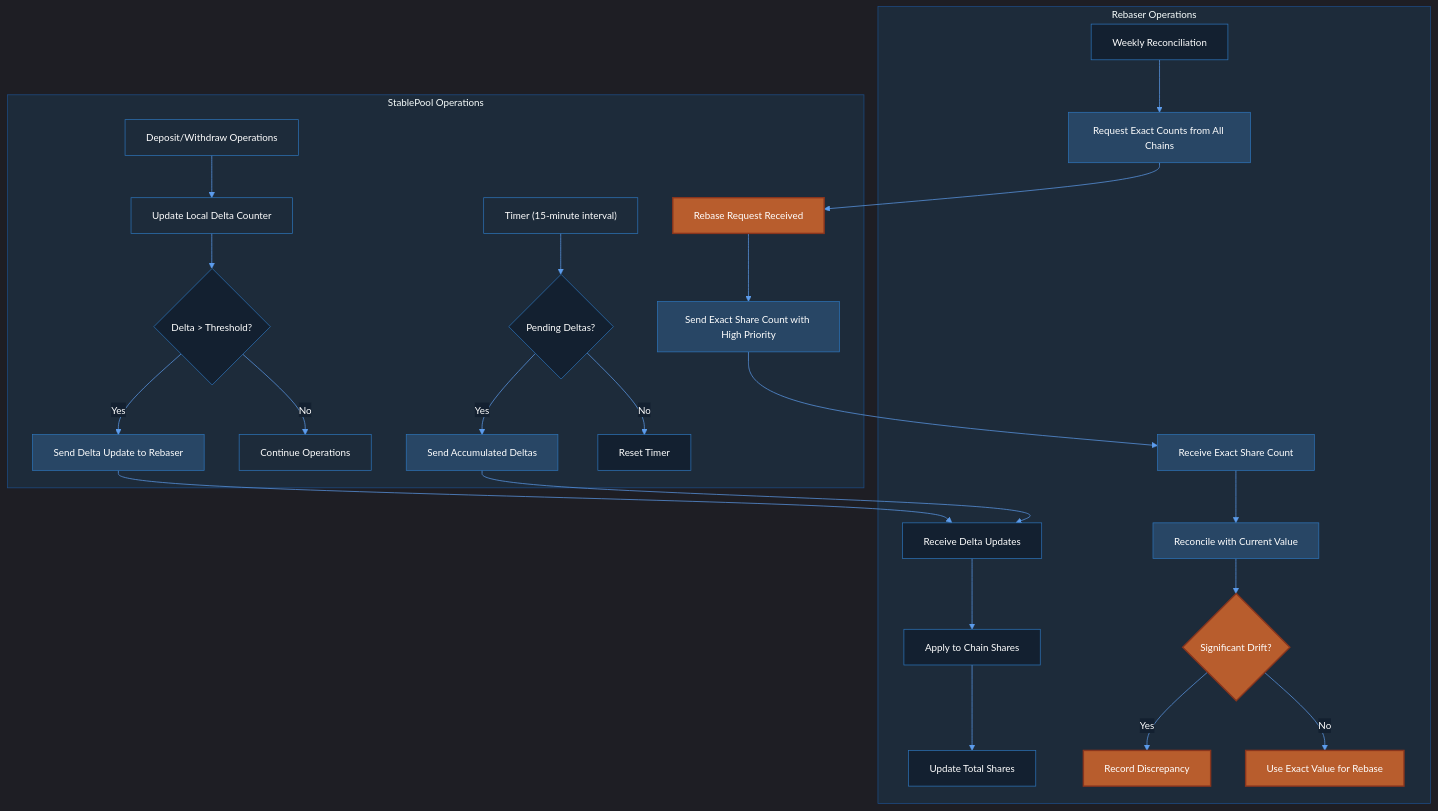
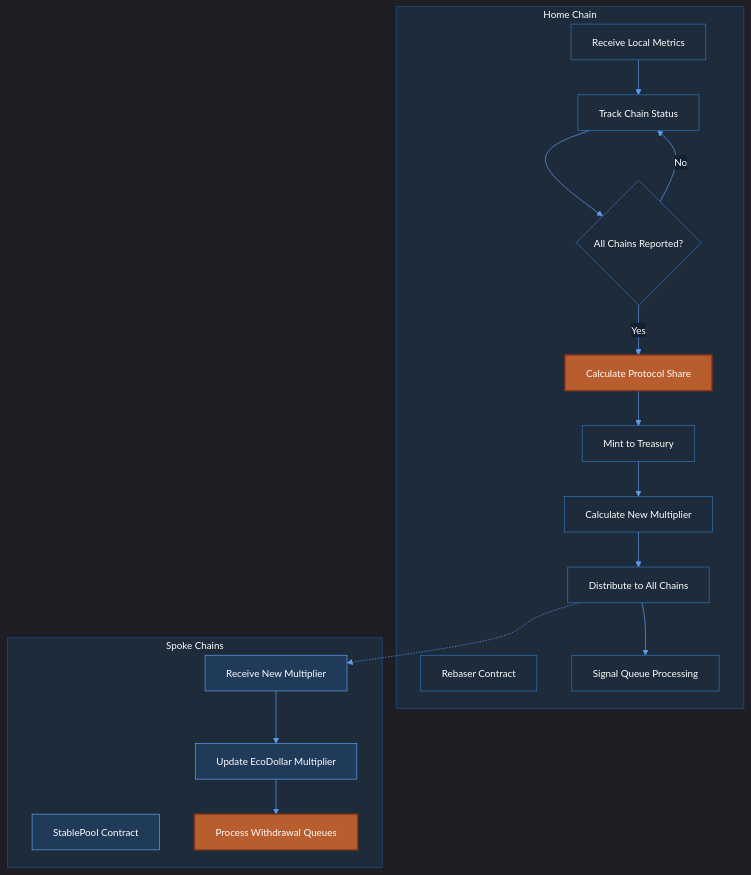
Before and after one commit to eco/eco-routes-internal: the third of 3 diagrams in plans/rebase-flow-implementation-plan.md, drawn with Mermaid. The commit also changed other lines of this file, not shown here.

First line of the commit message:
docs(plans): update rebase flow plan to use queue-based approach

````diff
--- a/plans/rebase-flow-implementation-plan.md
+++ b/plans/rebase-flow-implementation-plan.md
@@ -276,48 +546,44 @@
 ```mermaid
 %%{init: {'theme': 'dark', 'themeVariables': { 'primaryColor': '#2D74BA', 'primaryTextColor': '#FFFFFF', 'primaryBorderColor': '#1D4E89', 'lineColor': '#5D9CEC', 'secondaryColor': '#1D2B3A', 'tertiaryColor': '#132030', 'textColor': '#FFFFFF', 'fontSize': '14px', 'fontFamily': 'Arial', 'edgeLabelBackground': '#132030', 'mainBkg': '#132030', 'clusterBkg': '#1D2B3A', 'nodeTextColor': '#FFFFFF', 'nodeBorder': '#2D74BA', 'labelTextColor': '#FFFFFF', 'clusterBorder': '#1D4E89' }}}%%
 
 flowchart TD
-    subgraph "StablePool Operations"
-        deposit["Deposit/Withdraw Operations"]
-        deposit --> updateLocal["Update Local Delta Counter"]
-        updateLocal --> checkThreshold{"Delta > Threshold?"}
-        checkThreshold -->|Yes| sendUpdate["Send Delta Update to Rebaser"]
-        checkThreshold -->|No| continue["Continue Operations"]
-        
-        timer["Timer (15-minute interval)"]
-        timer --> checkPending{"Pending Deltas?"}
-        checkPending -->|Yes| sendBatch["Send Accumulated Deltas"]
-        checkPending -->|No| reset["Reset Timer"]
-        
-        rebaseReq["Rebase Request Received"]
-        rebaseReq --> sendExact["Send Exact Share Count with High Priority"]
+    subgraph "Home Chain"
+        rebaser["Rebaser Contract"]
+        receiveMetrics["Receive Local Metrics"]
+        trackChains["Track Chain Status"]
+        checkComplete{"All Chains Reported?"}
+        calculateShare["Calculate Protocol Share"]
+        mintTreasury["Mint to Treasury"]
+        calculateMultiplier["Calculate New Multiplier"]
+        distributeMultiplier["Distribute to All Chains"]
+        signalProcess["Signal Queue Processing"]
     end
     
-    subgraph "Rebaser Operations"
-        receiveUpdate["Receive Delta Updates"]
-        receiveUpdate --> applyDelta["Apply to Chain Shares"]
-        applyDelta --> updateTotal["Update Total Shares"]
-        
-        receiveExact["Receive Exact Share Count"]
-        receiveExact --> reconcile["Reconcile with Current Value"]
-        reconcile --> detectDrift{"Significant Drift?"}
-        detectDrift -->|Yes| recordIssue["Record Discrepancy"]
-        detectDrift -->|No| useExact["Use Exact Value for Rebase"]
-        
-        weekly["Weekly Reconciliation"]
-        weekly --> requestCounts["Request Exact Counts from All Chains"]
+    subgraph "Spoke Chains"
+        StablePool["StablePool Contract"]
+        receiveMultiplier["Receive New Multiplier"]
+        updateEcoDollar["Update EcoDollar Multiplier"]
+        processQueues["Process Withdrawal Queues"]
     end
     
-    sendUpdate --> receiveUpdate
-    sendBatch --> receiveUpdate
-    sendExact --> receiveExact
-    requestCounts --> rebaseReq
+    receiveMetrics --> trackChains
+    trackChains --> checkComplete
+    checkComplete -->|No| trackChains
+    checkComplete -->|Yes| calculateShare
+    calculateShare --> mintTreasury
+    mintTreasury --> calculateMultiplier
+    calculateMultiplier --> distributeMultiplier
+    distributeMultiplier --> signalProcess
     
-    classDef normal fill:#1D2B3A,stroke:#2D74BA,color:#FFFFFF
-    classDef important fill:#B85D2D,stroke:#89351D,color:#FFFFFF,stroke-width:2px
-    classDef process fill:#284665,stroke:#2D74BA,color:#FFFFFF
+    distributeMultiplier -.-> receiveMultiplier
+    receiveMultiplier --> updateEcoDollar
+    updateEcoDollar --> processQueues
     
-    class deposit,updateLocal,continue,timer normal
-    class sendUpdate,sendBatch,sendExact,receiveExact,reconcile,requestCounts process
-    class rebaseReq,detectDrift,recordIssue,useExact important
+    classDef home fill:#1D2B3A,stroke:#2D74BA,color:#FFFFFF
+    classDef spoke fill:#203A5A,stroke:#5D9CEC,color:#FFFFFF
+    classDef critical fill:#B85D2D,stroke:#89351D,color:#FFFFFF,stroke-width:2px
+    
+    class rebaser,receiveMetrics,trackChains,checkComplete,calculateShare,mintTreasury,calculateMultiplier,distributeMultiplier,signalProcess home
+    class StablePool,receiveMultiplier,updateEcoDollar,processQueues spoke
+    class calculateShare,processQueues critical
 ```
````
